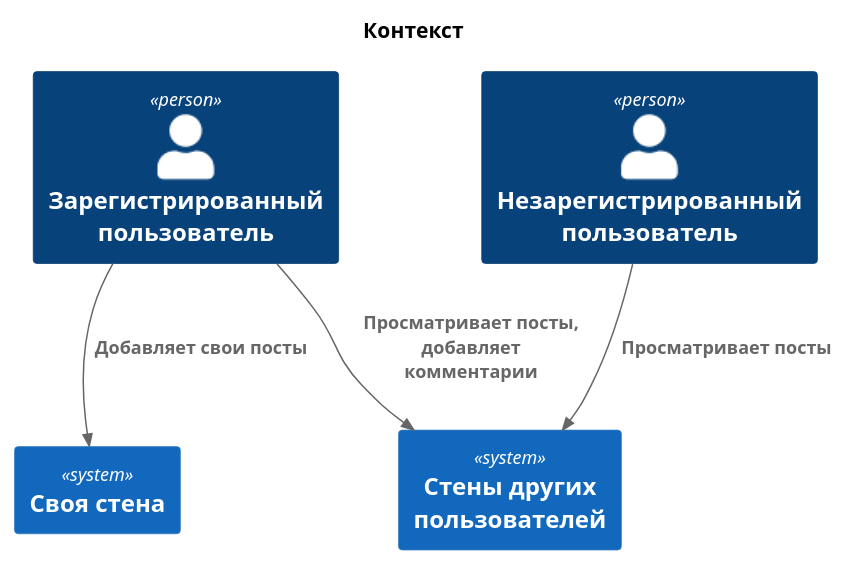
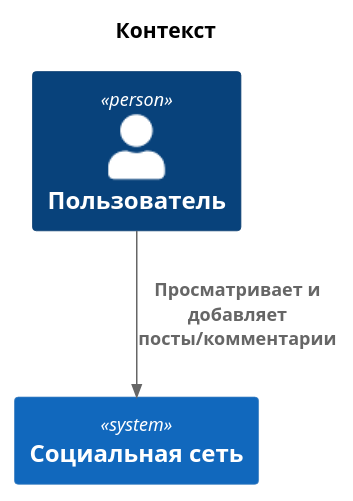
The diagram in doc/context.puml (egobars/soa-Egor-Molchan-2024), drawn with PlantUML before and after one commit.

```diff
--- a/doc/context.puml
+++ b/doc/context.puml
@@ -1,16 +1,12 @@
 @startuml context
 !include https://raw.githubusercontent.com/plantuml-stdlib/C4-PlantUML/master/C4_Container.puml
 
 title Контекст
 
-Person(registered_user, "Зарегистрированный пользователь")
-Person(not_registered_user, "Незарегистрированный пользователь")
+Person(user, "Пользователь")
 
-System(self_wall, "Своя стена")
-System(other_wall, "Стены других пользователей")
+System(net, "Социальная сеть")
 
-Rel(registered_user, self_wall, "Добавляет свои посты")
-Rel(registered_user, other_wall, "Просматривает посты, добавляет комментарии")
-Rel(not_registered_user, other_wall, "Просматривает посты")
+Rel(user, net, "Просматривает и добавляет посты/комментарии")
 
 @enduml
```
